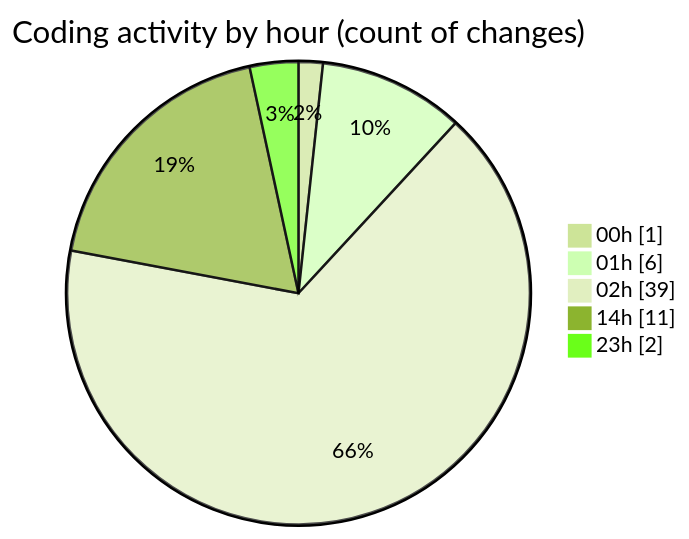
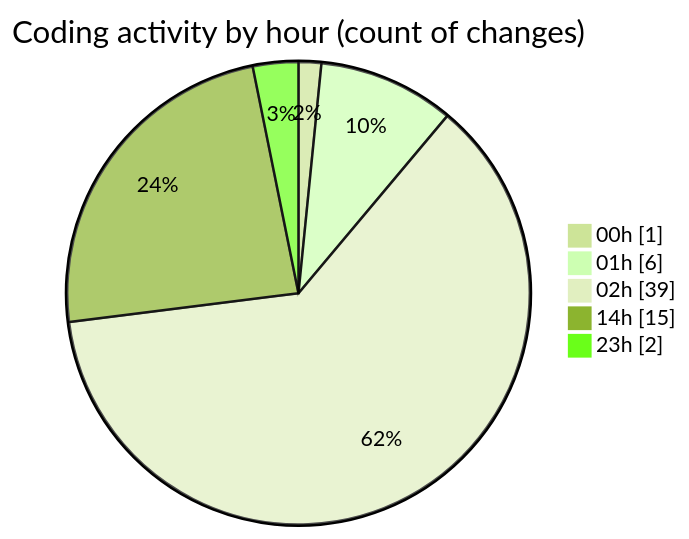
Before and after one commit to charlie-sans/code-tracking: the second of 2 diagrams in 2025-02-19/masm/README.md, drawn with Mermaid (forest theme). The commit also changed other lines of this file and 1 other file, not shown here.

````diff
--- a/2025-02-19/masm/README.md
+++ b/2025-02-19/masm/README.md
@@ -37,9 +37,9 @@
 ```mermaid
 pie showData
 title Coding activity by hour (count of changes)
 "00h" : 1
 "01h" : 6
 "02h" : 39
-"14h" : 11
+"14h" : 15
 "23h" : 2
 ```
````
